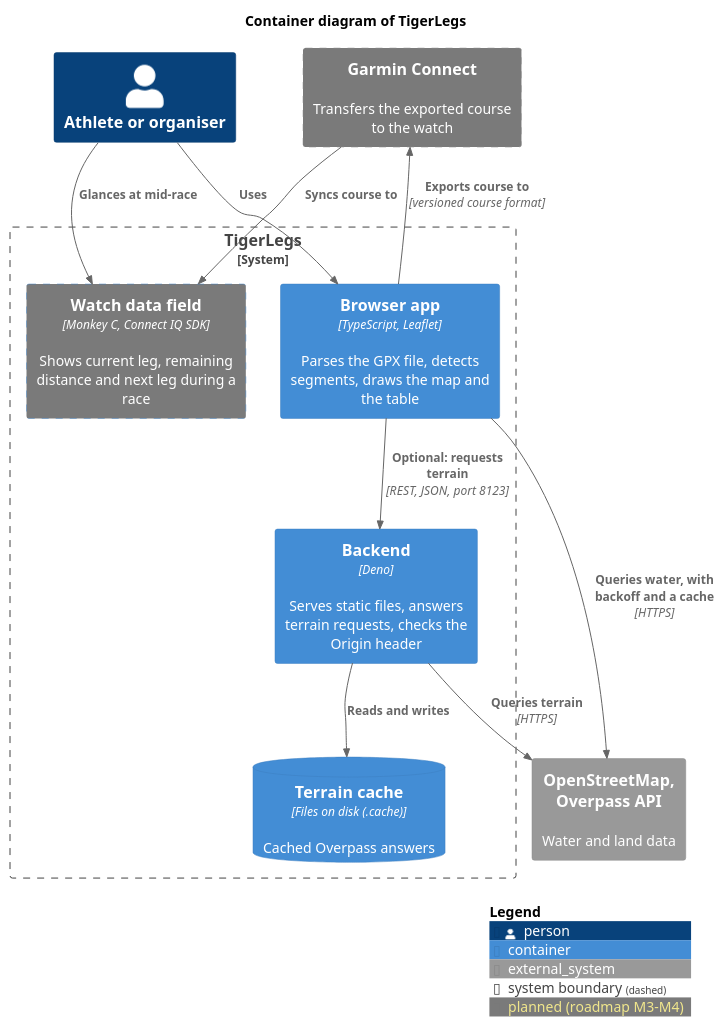
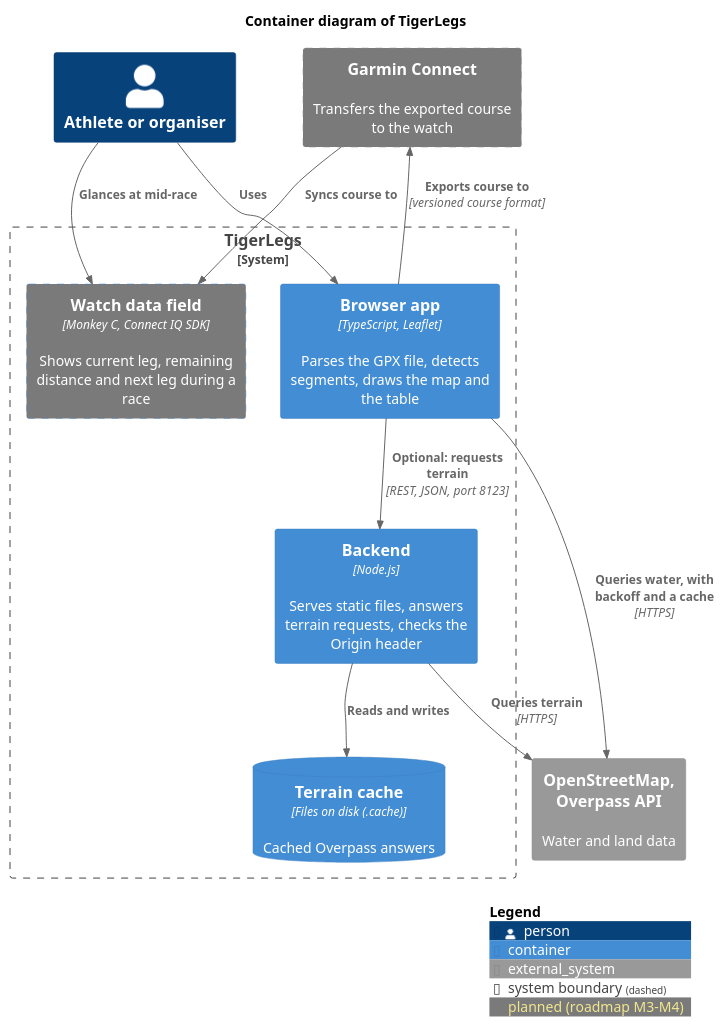
Before and after one commit to swimrun/tigerlegs: the diagram in docs/diagrams/container.puml, drawn with PlantUML. The commit also changed 18 other files, not shown here.

First line of the commit message:
Port the back end from Deno to Node.js with TypeScript, tested with Vitest (#76)

```diff
--- a/docs/diagrams/container.puml
+++ b/docs/diagrams/container.puml
@@ -1,28 +1,28 @@
 @startuml container
 !include <C4/C4_Container>
 
 title Container diagram of TigerLegs
 
 AddElementTag("planned", $bgColor="#7a7a7a", $borderStyle="dashed", $legendText="planned (roadmap M3-M4)")
 
 Person(athlete, "Athlete or organiser")
 System_Boundary(tigerlegs, "TigerLegs") {
   Container(browser, "Browser app", "TypeScript, Leaflet", "Parses the GPX file, detects segments, draws the map and the table")
-  Container(backend, "Backend", "Deno", "Serves static files, answers terrain requests, checks the Origin header")
+  Container(backend, "Backend", "Node.js", "Serves static files, answers terrain requests, checks the Origin header")
   ContainerDb(cache, "Terrain cache", "Files on disk (.cache)", "Cached Overpass answers")
   Container(watch, "Watch data field", "Monkey C, Connect IQ SDK", "Shows current leg, remaining distance and next leg during a race", $tags="planned")
 }
 System_Ext(overpass, "OpenStreetMap, Overpass API", "Water and land data")
 System_Ext(garmin, "Garmin Connect", "Transfers the exported course to the watch", $tags="planned")
 
 Rel(athlete, browser, "Uses")
 Rel(athlete, watch, "Glances at mid-race", $tags="planned")
 Rel(browser, overpass, "Queries water, with backoff and a cache", "HTTPS")
 Rel(browser, backend, "Optional: requests terrain", "REST, JSON, port 8123")
 Rel(backend, cache, "Reads and writes")
 Rel(backend, overpass, "Queries terrain", "HTTPS")
 Rel(browser, garmin, "Exports course to", "versioned course format", $tags="planned")
 Rel(garmin, watch, "Syncs course to", $tags="planned")
 
 SHOW_LEGEND()
 @enduml
```
